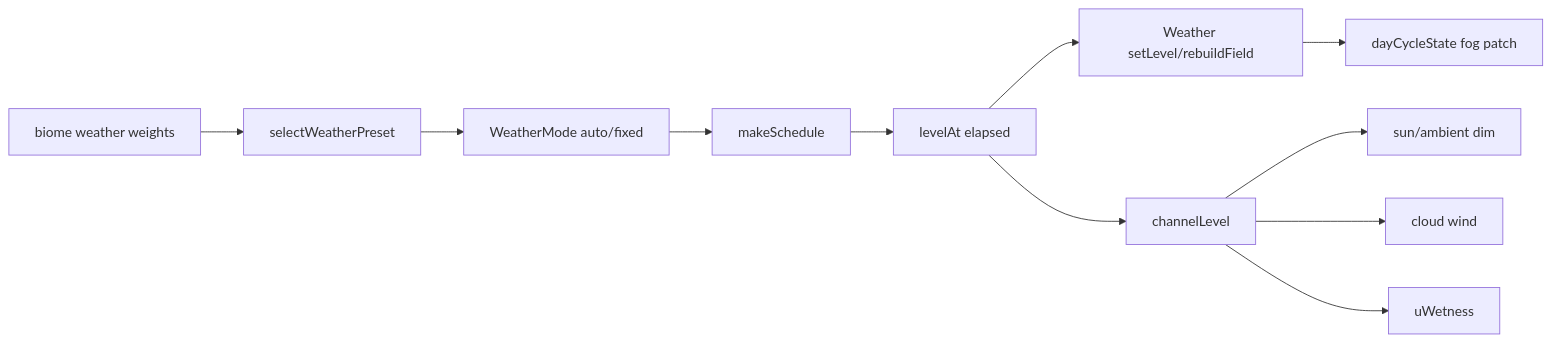
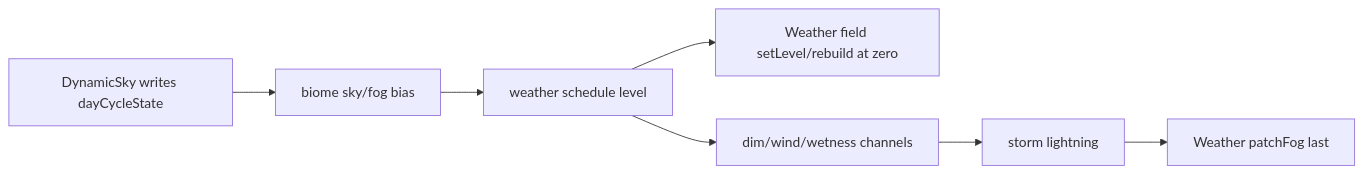
Before and after one commit to jjgroenendijk/cart-game: the second of 2 diagrams in src/environment/AGENTS.md, drawn with Mermaid. The commit also changed other lines of this file and 74 other files, not shown here.

First line of the commit message:
feat(docs): add OKF v0.1 knowledge wiki for architecture (#84)

````diff
--- a/src/environment/AGENTS.md
+++ b/src/environment/AGENTS.md
@@ -39,13 +50,9 @@
 ```mermaid
 flowchart LR
-  weights[biome weather weights] --> pick[selectWeatherPreset]
-  pick --> mode[WeatherMode auto/fixed]
-  mode --> sched[makeSchedule]
-  sched --> level[levelAt elapsed]
-  level --> field[Weather setLevel/rebuildField]
-  level --> channels[channelLevel]
-  channels --> dim[sun/ambient dim]
-  channels --> wind[cloud wind]
-  channels --> wet[uWetness]
-  field --> fog[dayCycleState fog patch]
+  sky[DynamicSky writes dayCycleState] --> bias[biome sky/fog bias]
+  bias --> sched[weather schedule level]
+  sched --> field[Weather field setLevel/rebuild at zero]
+  sched --> channels[dim/wind/wetness channels]
+  channels --> lightning[storm lightning]
+  lightning --> fog[Weather patchFog last]
 ```
````
